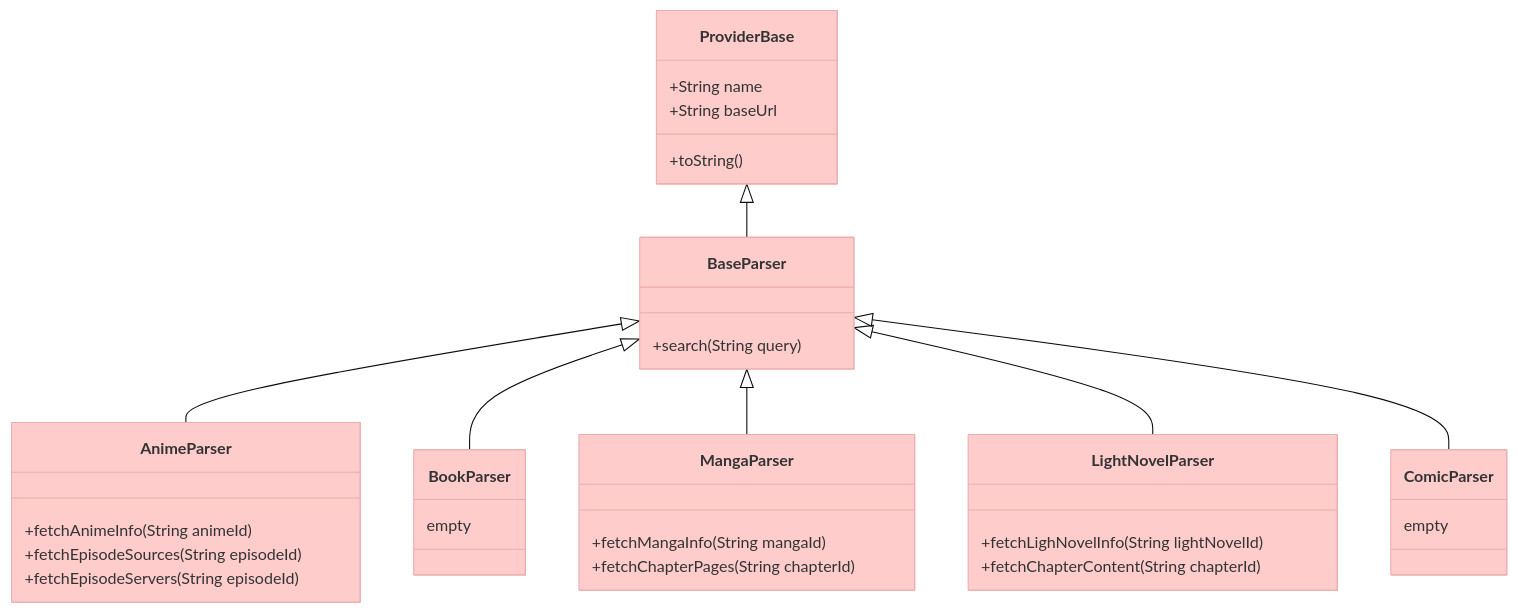
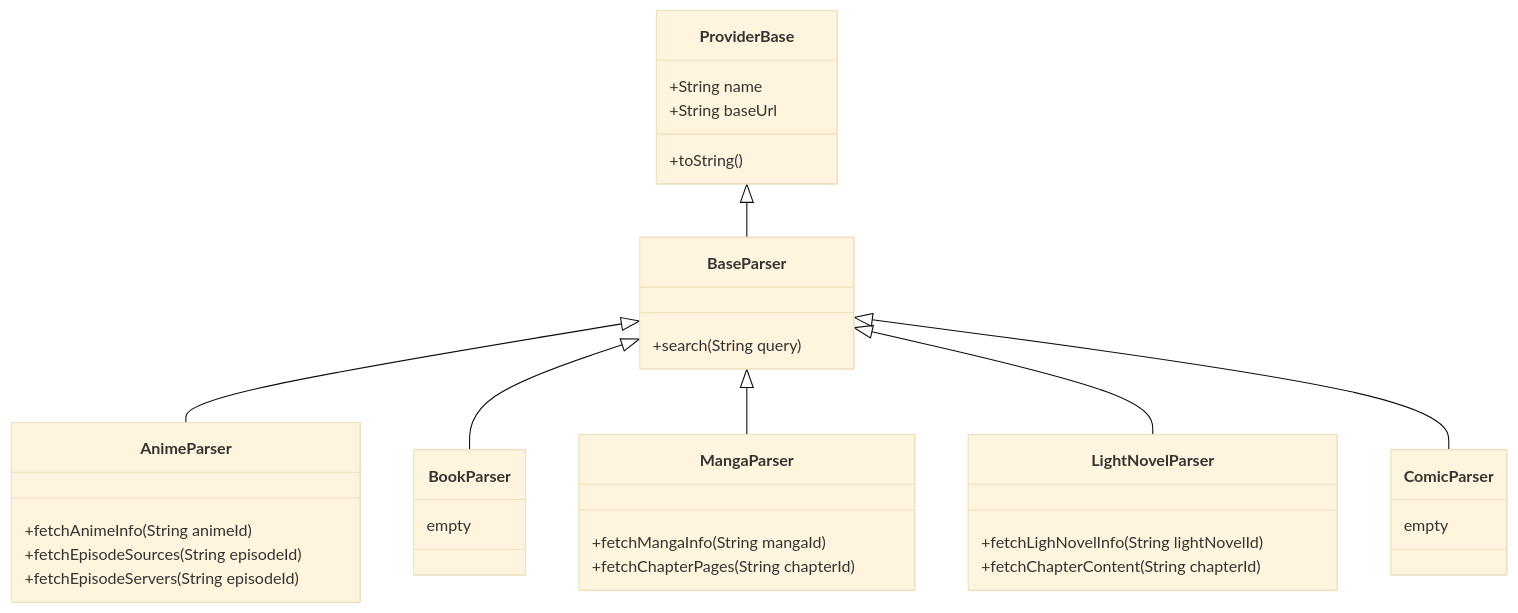
Before and after one commit to consumet/consumet.ts: the diagram in CONTRIBUTING.md, drawn with Mermaid.

````diff
--- a/CONTRIBUTING.md
+++ b/CONTRIBUTING.md
@@ -33,35 +33,35 @@
 ```mermaid
-%%{init: {'theme': 'base', 'themeVariables': { 'fontSize': '15px', 'tertiaryColor': '#fff0f0', 'primaryColor': '#ffcccc'}}}%%
+%%{init: {'theme': 'base', 'themeVariables': { 'fontSize': '15px' }}}%%
 classDiagram
       ProviderBase <|-- BaseParser
       ProviderBase : +String name
       ProviderBase : +String baseUrl
       ProviderBase: +toString()
       BaseParser <|-- AnimeParser
       BaseParser <|-- BookParser
       BaseParser <|-- MangaParser
       BaseParser <|-- LightNovelParser
       BaseParser <|-- ComicParser
       class BaseParser{
          +search(String query)
       }
       class AnimeParser{
          +fetchAnimeInfo(String animeId)
          +fetchEpisodeSources(String episodeId)
          +fetchEpisodeServers(String episodeId)
       }
       class BookParser{
          empty
       }
       class MangaParser{
          +fetchMangaInfo(String mangaId)
          +fetchChapterPages(String chapterId)
       }
       class ComicParser{
          empty
       }
       class LightNovelParser{
          +fetchLighNovelInfo(String lightNovelId)
          +fetchChapterContent(String chapterId)
       }
 ```
````
